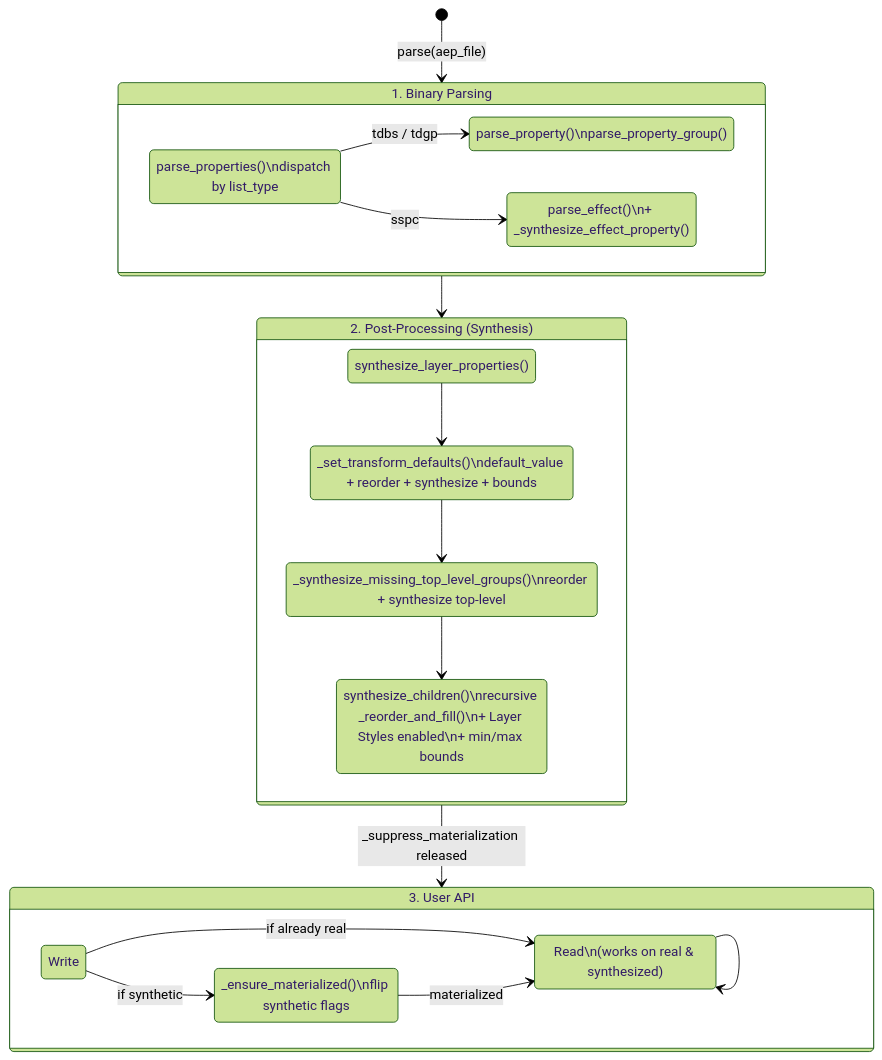
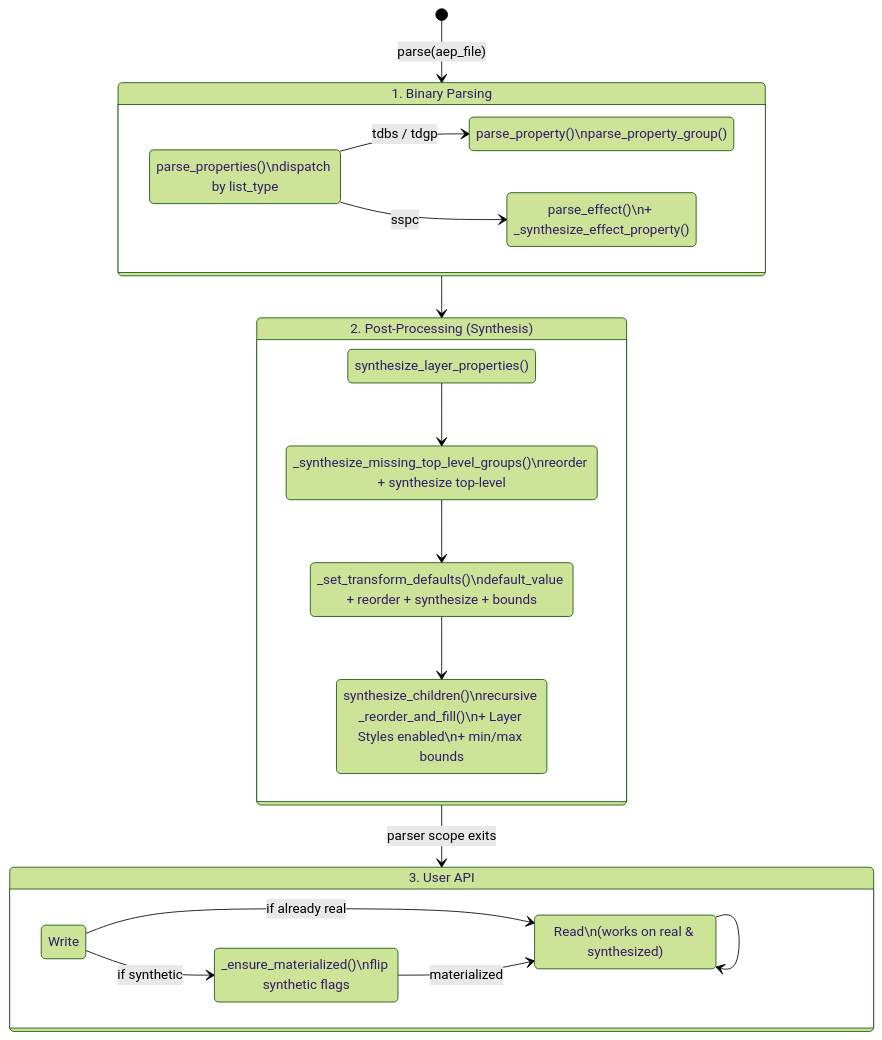
Before and after one commit to forticheprod/py-aep: the second of 2 diagrams in CONTRIBUTING.md, drawn with Mermaid (forest theme). The commit also changed other lines of this file and 149 other files, not shown here.

````diff
--- a/CONTRIBUTING.md
+++ b/CONTRIBUTING.md
@@ -140,46 +140,46 @@
 ```mermaid
 stateDiagram-v2
     direction TB
 
     state "1. Binary Parsing" as Phase1
     state "2. Post-Processing (Synthesis)" as Phase2
     state "3. User API" as Phase3
 
     state Phase1 {
         direction LR
         state "parse_properties()\ndispatch by list_type" as Dispatch
         state "parse_property()\nparse_property_group()" as ParseProp
         state "parse_effect()\n+ _synthesize_effect_property()" as ParseEffect
 
         Dispatch --> ParseProp : tdbs / tdgp
         Dispatch --> ParseEffect : sspc
     }
 
     state Phase2 {
         direction TB
         state "synthesize_layer_properties()" as SLP
+        state "_synthesize_missing_top_level_groups()\nreorder + synthesize top-level" as SMTLG
         state "_set_transform_defaults()\ndefault_value + reorder + synthesize + bounds" as STD
-        state "_synthesize_missing_top_level_groups()\nreorder + synthesize top-level" as SMTLG
         state "synthesize_children()\nrecursive _reorder_and_fill()\n+ Layer Styles enabled\n+ min/max bounds" as SC
 
-        SLP --> STD
-        STD --> SMTLG
-        SMTLG --> SC
+        SLP --> SMTLG
+        SMTLG --> STD
+        STD --> SC
     }
 
     state Phase3 {
         direction LR
         state "Read\n(works on real & synthesized)" as Read
         state "Write" as Write
         state "_ensure_materialized()\nflip synthetic flags" as Mat
 
         Read --> Read
         Write --> Mat : if synthetic
         Write --> Read : if already real
         Mat --> Read : materialized
     }
 
     [*] --> Phase1 : parse(aep_file)
     Phase1 --> Phase2
-    Phase2 --> Phase3 : _suppress_materialization released
+    Phase2 --> Phase3 : parser scope exits
 ```
````
